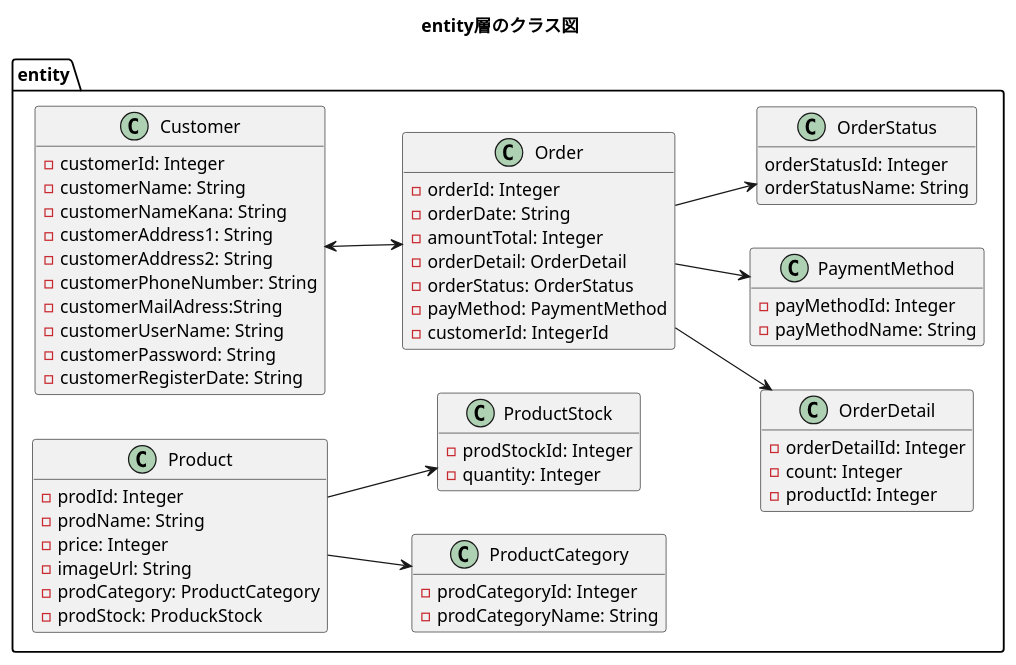
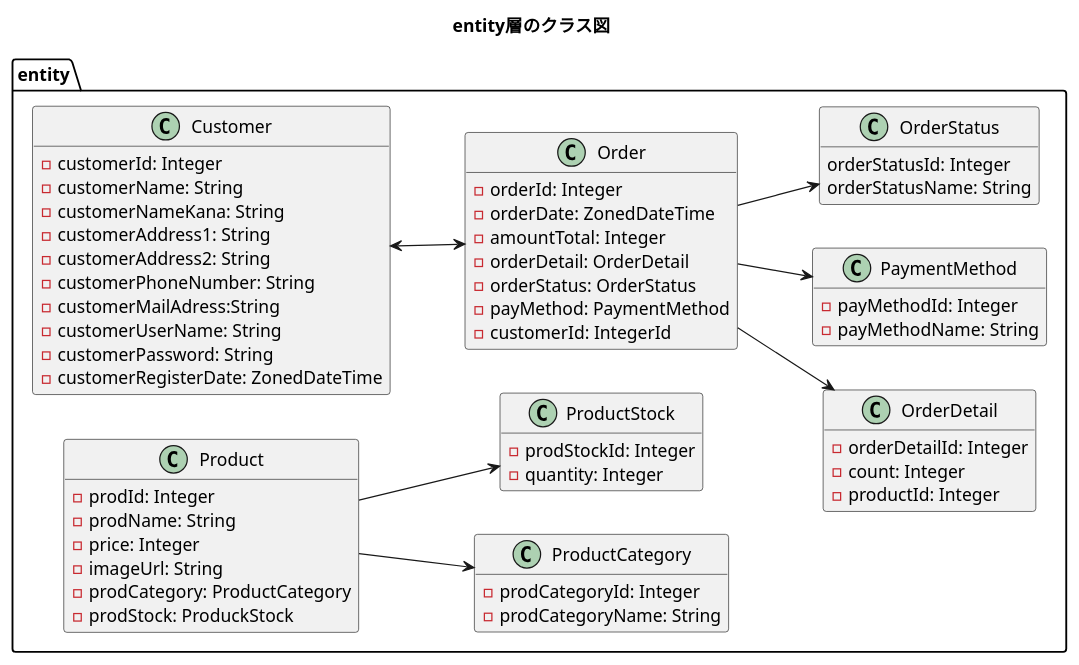
The diagram in plan/uml/class/front-end/entity.plantuml (kanavii3333/ec-b), drawn with PlantUML before and after one commit. The commit also changed 12 other files, not shown here.

Commit message:
次工程クラス図等

```diff
--- a/plan/uml/class/front-end/entity.plantuml
+++ b/plan/uml/class/front-end/entity.plantuml
@@ -1,73 +1,73 @@
 @startuml
 title entity層のクラス図
 hide empty members
 left to right direction
 
 package entity{
     class Customer{
         -customerId: Integer
         -customerName: String
         -customerNameKana: String
         -customerAddress1: String
         -customerAddress2: String
         -customerPhoneNumber: String
         -customerMailAdress:String
         -customerUserName: String
         -customerPassword: String
-        -customerRegisterDate: String
+        -customerRegisterDate: ZonedDateTime
     }
 
     class Order{
         -orderId: Integer
-        -orderDate: String
+        -orderDate: ZonedDateTime
         -amountTotal: Integer
         -orderDetail: OrderDetail
         -orderStatus: OrderStatus
         -payMethod: PaymentMethod
         -customerId: IntegerId
     }
 
     class OrderDetail{
         -orderDetailId: Integer
         -count: Integer
         -productId: Integer
     }
     
     class PaymentMethod{
     	-payMethodId: Integer
     	-payMethodName: String
     }
 
     class OrderStatus{
         orderStatusId: Integer
         orderStatusName: String
     }
 
     class Product{
         -prodId: Integer
         -prodName: String
         -price: Integer
         -imageUrl: String
         -prodCategory: ProductCategory
         -prodStock: ProduckStock
     }
 
     class ProductCategory{
         -prodCategoryId: Integer
         -prodCategoryName: String
     }
 
     class ProductStock{
         -prodStockId: Integer
         -quantity: Integer
     }
 
 }
 
 Customer <--> Order
 Order --> OrderStatus
 Order --> OrderDetail
 Order --> PaymentMethod
 Product --> ProductStock
 Product --> ProductCategory
 @enduml
```
